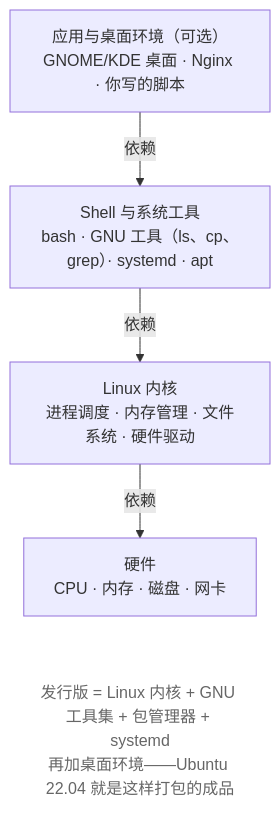
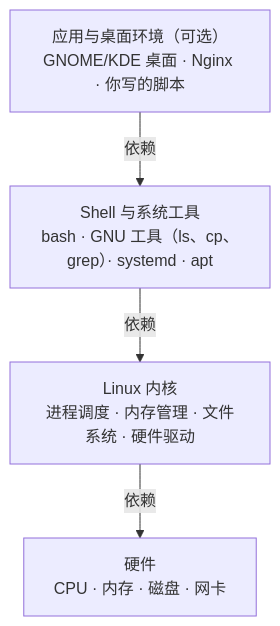
The second of 2 diagrams in src/linux-command/ch01.md (wangxiangnan/wangxiangnan.github.io), drawn with Mermaid before and after one commit. The commit also changed other lines of this file and 15 other files, not shown here.

````diff
--- a/src/linux-command/ch01.md
+++ b/src/linux-command/ch01.md
@@ -88,16 +86,11 @@
 ```mermaid
 flowchart TB
     A["应用与桌面环境（可选）<br>GNOME/KDE 桌面 · Nginx · 你写的脚本"]
     B["Shell 与系统工具<br>bash · GNU 工具（ls、cp、grep）· systemd · apt"]
     C["Linux 内核<br>进程调度 · 内存管理 · 文件系统 · 硬件驱动"]
     D["硬件<br>CPU · 内存 · 磁盘 · 网卡"]
-    N["发行版 = Linux 内核 + GNU 工具集 + 包管理器 + systemd<br>再加桌面环境——Ubuntu 22.04 就是这样打包的成品"]
 
     A -->|依赖| B
     B -->|依赖| C
     C -->|依赖| D
-    D ~~~ N
-
-    classDef note fill:none,stroke:none,color:#666
-    class N note
 ```
````
